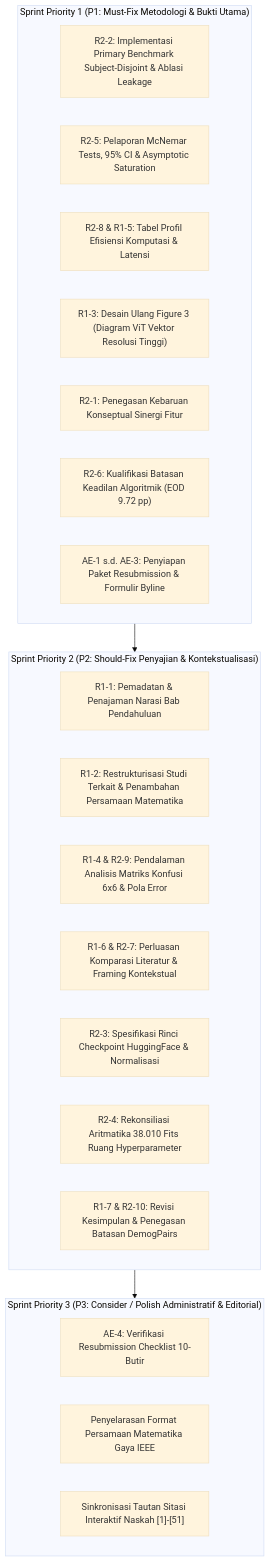
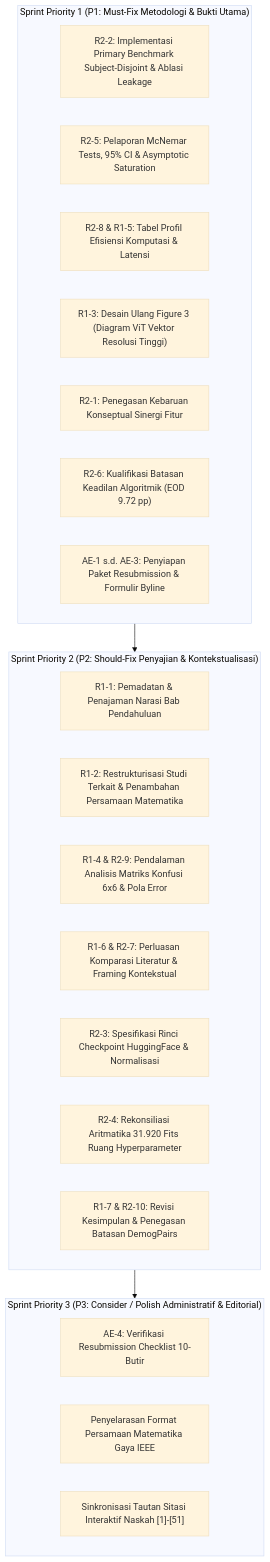
One commit to rafyakbar/face-race-gender-classification-using-multi-domain-vit changed the diagram in paper_reviews_ieee/08_revision_roadmap.md. Above: the diagram before and after it, drawn with Mermaid (base theme). The commit also changed other lines of this file and 6 other files, not shown here.

````diff
--- a/paper_reviews_ieee/08_revision_roadmap.md
+++ b/paper_reviews_ieee/08_revision_roadmap.md
@@ -53,30 +53,30 @@
 ```mermaid
 flowchart TD
     subgraph S1 ["Sprint Priority 1 (P1: Must-Fix Metodologi & Bukti Utama)"]
         P1_1["R2-2: Implementasi Primary Benchmark Subject-Disjoint & Ablasi Leakage"]
         P1_2["R2-5: Pelaporan McNemar Tests, 95% CI & Asymptotic Saturation"]
         P1_3["R2-8 & R1-5: Tabel Profil Efisiensi Komputasi & Latensi"]
         P1_4["R1-3: Desain Ulang Figure 3 (Diagram ViT Vektor Resolusi Tinggi)"]
         P1_5["R2-1: Penegasan Kebaruan Konseptual Sinergi Fitur"]
         P1_6["R2-6: Kualifikasi Batasan Keadilan Algoritmik (EOD 9.72 pp)"]
         P1_7["AE-1 s.d. AE-3: Penyiapan Paket Resubmission & Formulir Byline"]
     end
 
     subgraph S2 ["Sprint Priority 2 (P2: Should-Fix Penyajian & Kontekstualisasi)"]
         P2_1["R1-1: Pemadatan & Penajaman Narasi Bab Pendahuluan"]
         P2_2["R1-2: Restrukturisasi Studi Terkait & Penambahan Persamaan Matematika"]
         P2_3["R1-4 & R2-9: Pendalaman Analisis Matriks Konfusi 6x6 & Pola Error"]
         P2_4["R1-6 & R2-7: Perluasan Komparasi Literatur & Framing Kontekstual"]
         P2_5["R2-3: Spesifikasi Rinci Checkpoint HuggingFace & Normalisasi"]
-        P2_6["R2-4: Rekonsiliasi Aritmatika 38.010 Fits Ruang Hyperparameter"]
+        P2_6["R2-4: Rekonsiliasi Aritmatika 31.920 Fits Ruang Hyperparameter"]
         P2_7["R1-7 & R2-10: Revisi Kesimpulan & Penegasan Batasan DemogPairs"]
     end
 
     subgraph S3 ["Sprint Priority 3 (P3: Consider / Polish Administratif & Editorial)"]
         P3_1["AE-4: Verifikasi Resubmission Checklist 10-Butir"]
         P3_2["Penyelarasan Format Persamaan Matematika Gaya IEEE"]
         P3_3["Sinkronisasi Tautan Sitasi Interaktif Naskah [1]-[51]"]
     end
 
     S1 --> S2 --> S3
 ```
````
